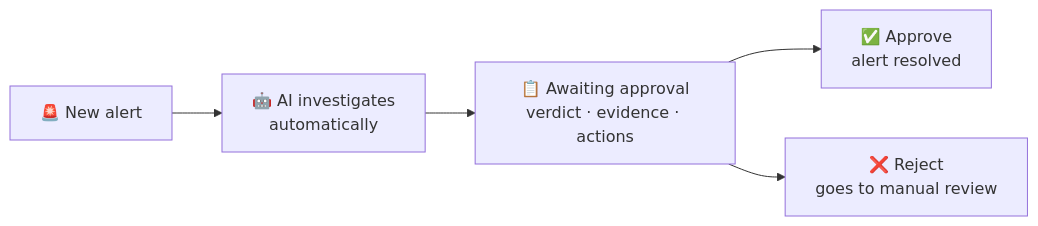
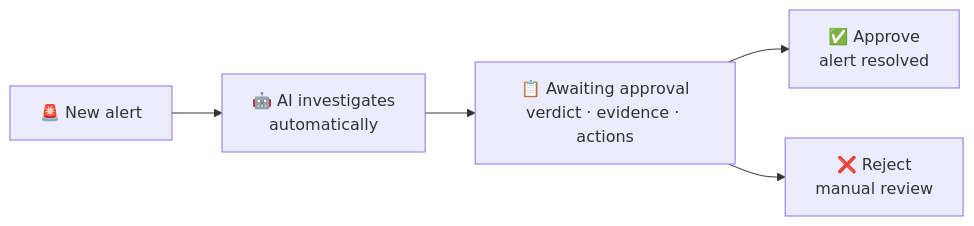
One commit to Sahil-242-ops/Logvault changed the second of 2 diagrams in README.md. Above: the diagram before and after it, drawn with Mermaid. The commit also changed other lines of this file and 10 other files, not shown here.

````diff
--- a/README.md
+++ b/README.md
@@ -216,7 +337,7 @@
 ```mermaid
 flowchart LR
     A["🚨 New alert"] --> B["🤖 AI investigates<br/>automatically"]
     B --> C["📋 Awaiting approval<br/>verdict · evidence · actions"]
     C --> D["✅ Approve<br/>alert resolved"]
-    C --> E["❌ Reject<br/>goes to manual review"]
+    C --> E["❌ Reject<br/>manual review"]
 ```
````
